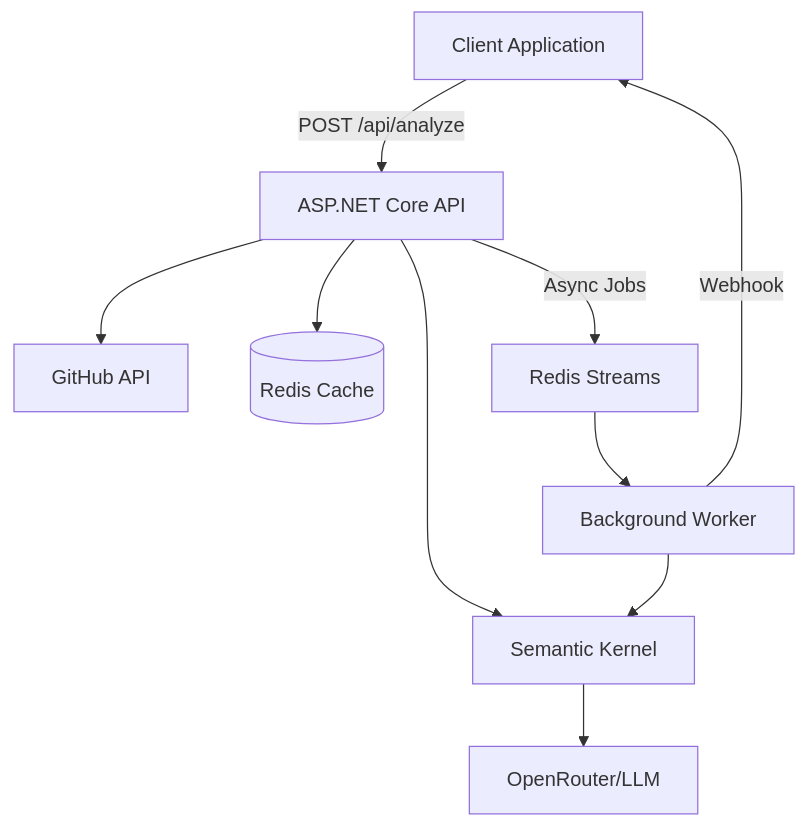
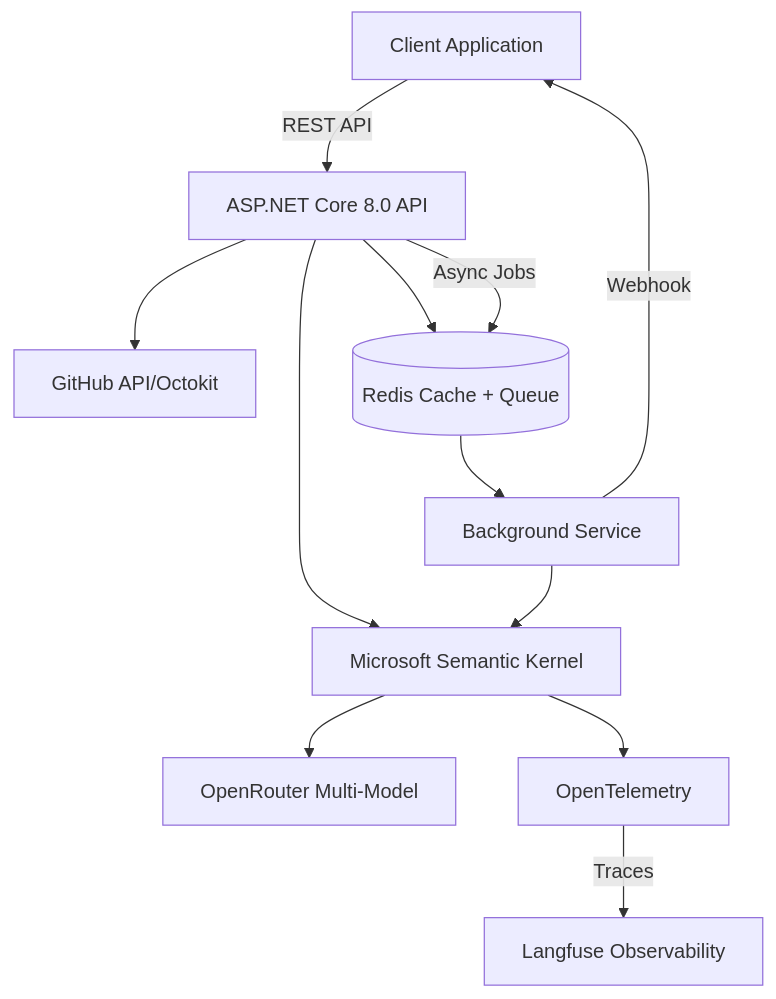
The diagram in README.md (devleor/pull-request-analyzer), drawn with Mermaid before and after one commit. The commit also changed other lines of this file, not shown here.

````diff
--- a/README.md
+++ b/README.md
@@ -15,21 +17,24 @@
 ```mermaid
 graph TB
     Client[Client Application]
-    API[ASP.NET Core API]
-    SK[Semantic Kernel]
-    LLM[OpenRouter/LLM]
-    GitHub[GitHub API]
-    Redis[(Redis Cache)]
-    Queue[Redis Streams]
-    Worker[Background Worker]
+    API[ASP.NET Core 8.0 API]
+    SK[Microsoft Semantic Kernel]
+    LLM[OpenRouter Multi-Model]
+    GitHub[GitHub API/Octokit]
+    Redis[(Redis Cache + Queue)]
+    Worker[Background Service]
+    Langfuse[Langfuse Observability]
+    OTEL[OpenTelemetry]
 
-    Client -->|POST /api/analyze| API
+    Client -->|REST API| API
     API --> SK
     SK --> LLM
+    SK --> OTEL
+    OTEL -->|Traces| Langfuse
     API --> GitHub
     API --> Redis
-    API -->|Async Jobs| Queue
-    Queue --> Worker
+    API -->|Async Jobs| Redis
+    Redis --> Worker
     Worker --> SK
     Worker -->|Webhook| Client
 ```
````
